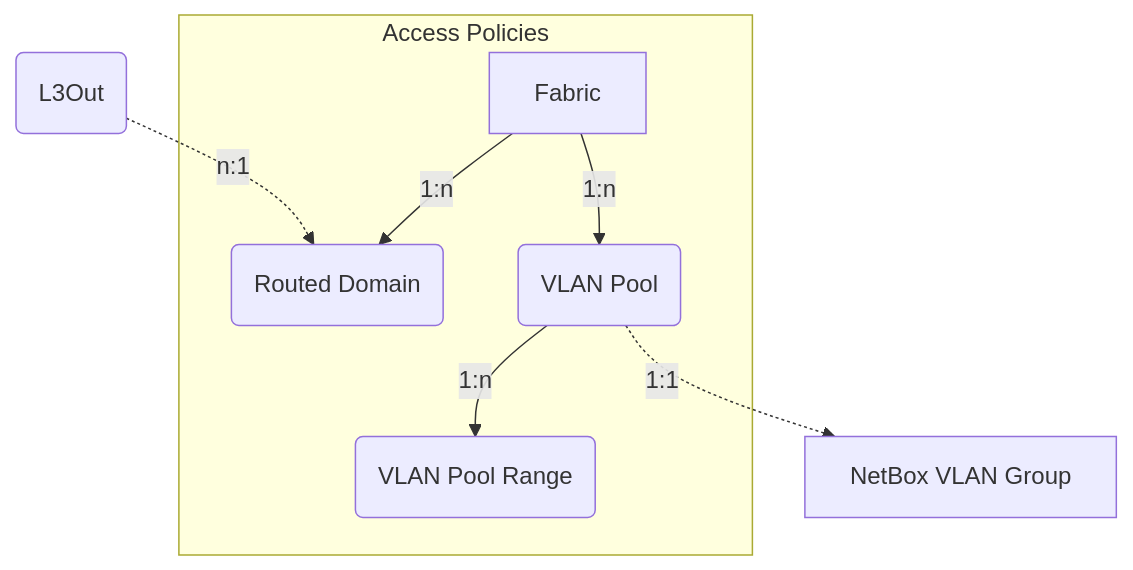
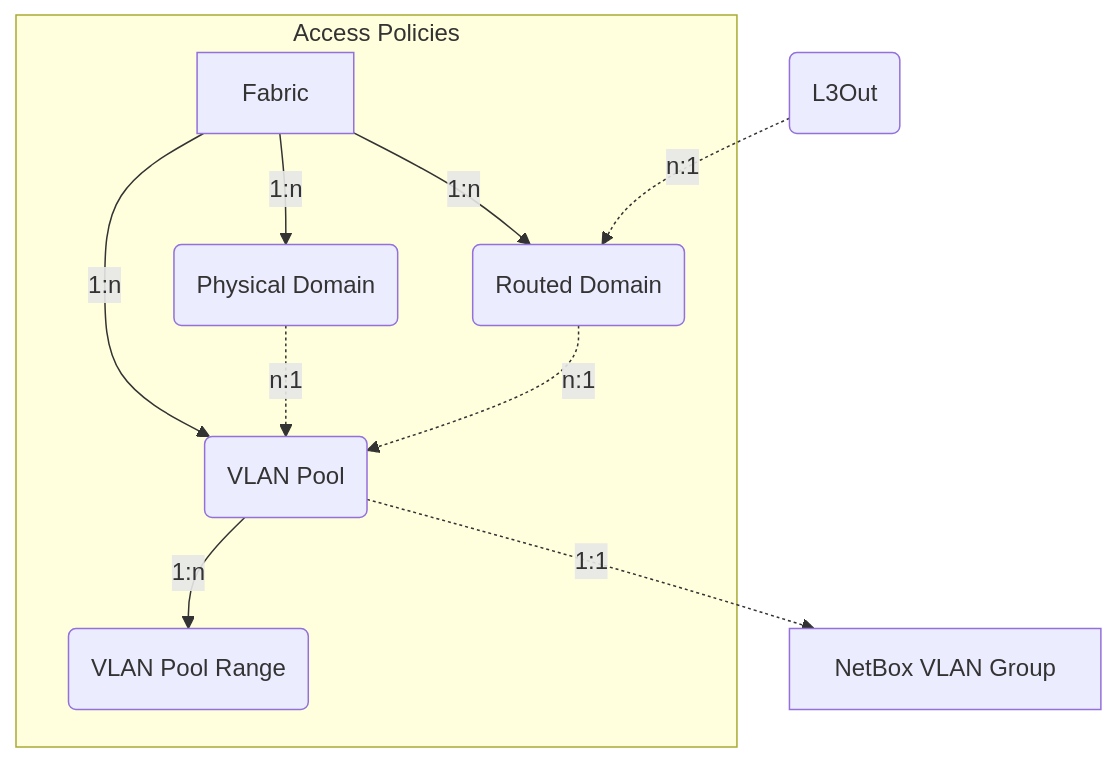
One commit to pheus/netbox-aci-plugin changed the diagram in docs/features/access_policies.md. Above: the diagram before and after it, drawn with Mermaid. The commit also changed other lines of this file, not shown here.

First line of the commit message:
docs(access_policies): Add Physical Domain documentation

````diff
--- a/docs/features/access_policies.md
+++ b/docs/features/access_policies.md
@@ -7,17 +7,21 @@
 ```mermaid
 flowchart TD
     FAB[Fabric]
+    PD(Physical Domain)
     RD(Routed Domain)
     L3O(L3Out)
     VP(VLAN Pool)
     VPR(VLAN Pool Range)
     NBVG[NetBox VLAN Group]
 
     subgraph graphAP [Access Policies]
+        FAB -->|1:n| PD
         FAB -->|1:n| RD
         FAB -->|1:n| VP
         VP -->|1:n| VPR
+        PD -.->|n:1| VP
+        RD -.->|n:1| VP
     end
     L3O -.->|n:1| RD
     VP -.->|1:1| NBVG
 ```
````
